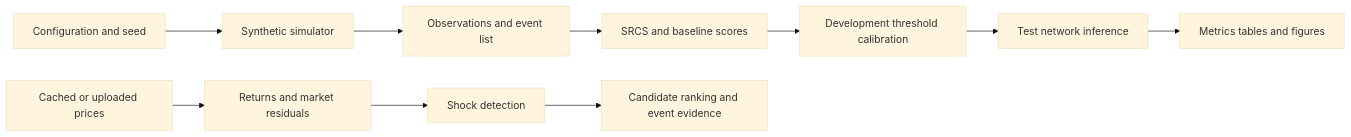
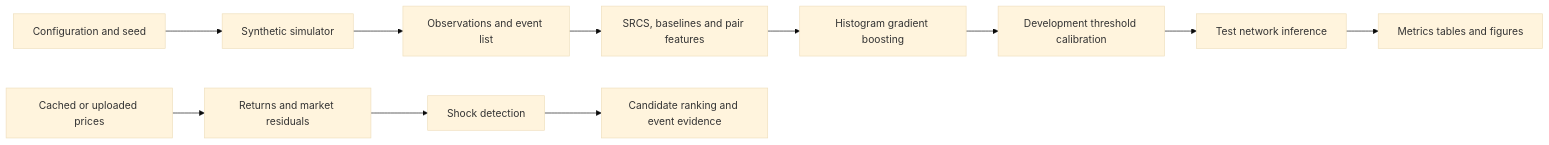
Before and after one commit to ayushmath07/final-year-project: the diagram in reports/black_book.md, drawn with Mermaid (base theme). The commit also changed other lines of this file and 26 other files, not shown here.

````diff
--- a/reports/black_book.md
+++ b/reports/black_book.md
@@ -71,12 +71,13 @@
 ```mermaid
 flowchart LR
   C[Configuration and seed] --> S[Synthetic simulator]
   S --> O[Observations and event list]
-  O --> M[SRCS and baseline scores]
-  M --> T[Development threshold calibration]
+  O --> M[SRCS, baselines and pair features]
+  M --> L[Histogram gradient boosting]
+  L --> T[Development threshold calibration]
   T --> I[Test network inference]
   I --> E[Metrics tables and figures]
   P[Cached or uploaded prices] --> R[Returns and market residuals]
   R --> D[Shock detection]
   D --> Q[Candidate ranking and event evidence]
 ```
````
